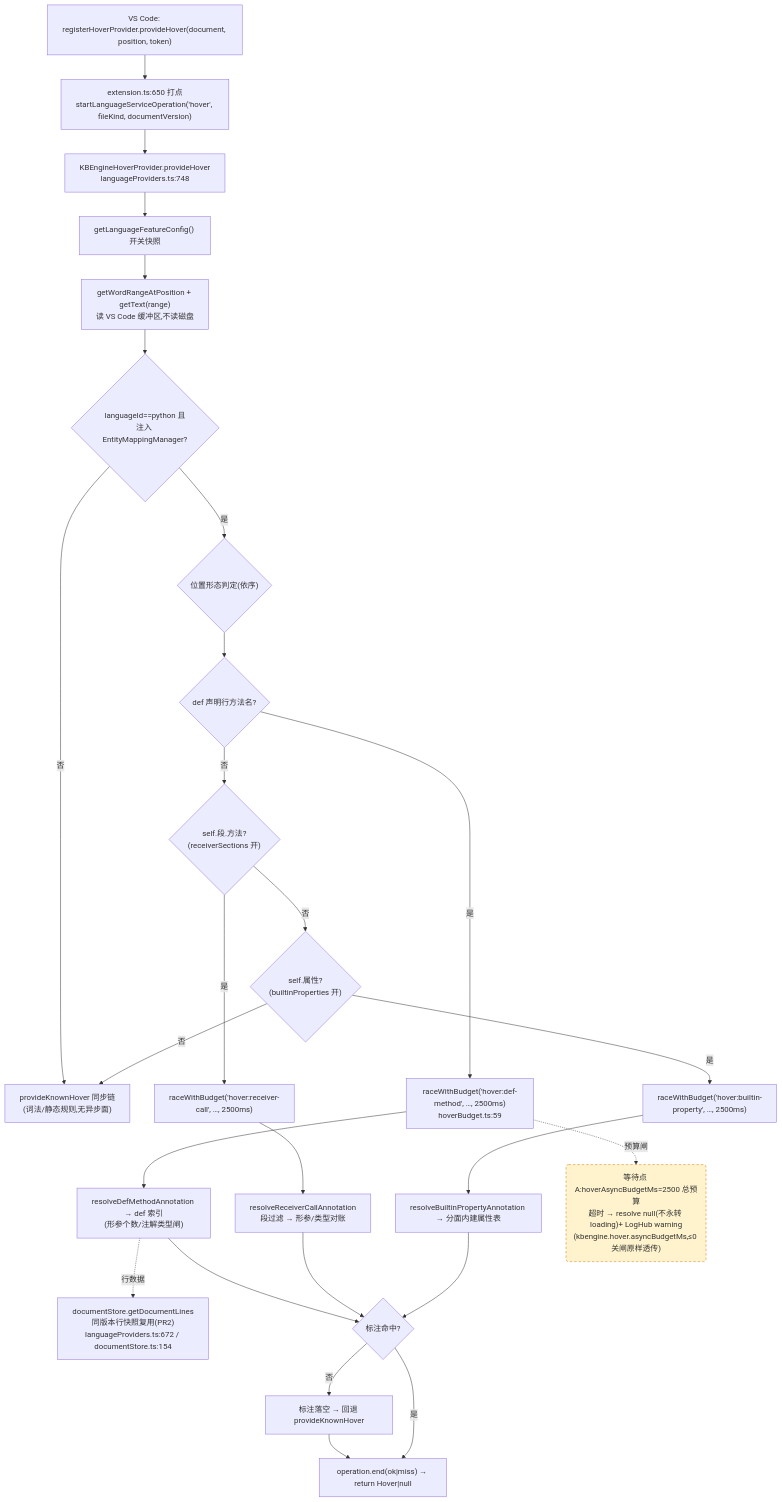
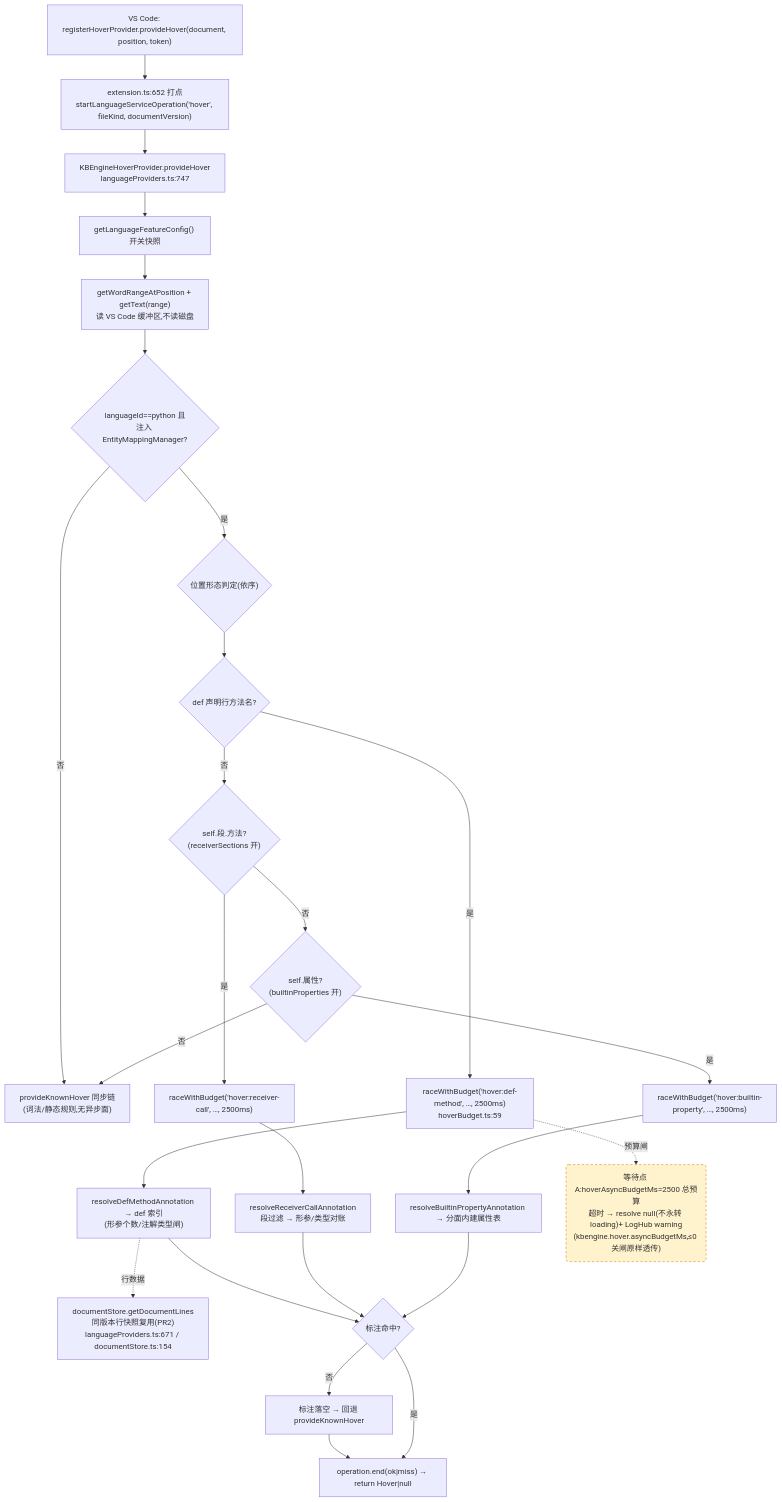
Before and after one commit to cuihairu/kode: the first of 4 diagrams in docs/perf/2026-baseline.md, drawn with Mermaid. The commit also changed other lines of this file and 17 other files, not shown here.

Commit message:
refactor: split schema core and presentation

````diff
--- a/docs/perf/2026-baseline.md
+++ b/docs/perf/2026-baseline.md
@@ -82,45 +82,45 @@
 ```mermaid
 flowchart TD
   VC1["VS Code: registerHoverProvider.provideHover(document, position, token)"]
-  M1["extension.ts:650 打点<br/>startLanguageServiceOperation('hover', fileKind, documentVersion)"]
-  HP["KBEngineHoverProvider.provideHover<br/>languageProviders.ts:748"]
+  M1["extension.ts:652 打点<br/>startLanguageServiceOperation('hover', fileKind, documentVersion)"]
+  HP["KBEngineHoverProvider.provideHover<br/>languageProviders.ts:747"]
   CFG["getLanguageFeatureConfig() 开关快照"]
   WORD["getWordRangeAtPosition + getText(range)<br/>读 VS Code 缓冲区,不读磁盘"]
   BR{"languageId==python 且<br/>注入 EntityMappingManager?"}
   KN["provideKnownHover 同步链<br/>(词法/静态规则,无异步面)"]
   POS{"位置形态判定(依序)"}
   D1{"def 声明行方法名?"}
   D2{"self.段.方法?<br/>(receiverSections 开)"}
   D3{"self.属性?<br/>(builtinProperties 开)"}
   RA1["raceWithBudget('hover:def-method', …, 2500ms)<br/>hoverBudget.ts:59"]
   RA2["raceWithBudget('hover:receiver-call', …, 2500ms)"]
   RA3["raceWithBudget('hover:builtin-property', …, 2500ms)"]
   RS1["resolveDefMethodAnnotation → def 索引<br/>(形参个数/注解类型闸)"]
   RS2["resolveReceiverCallAnnotation<br/>段过滤 → 形参/类型对账"]
   RS3["resolveBuiltinPropertyAnnotation → 分面内建属性表"]
-  LINES["documentStore.getDocumentLines<br/>同版本行快照复用(PR2)<br/>languageProviders.ts:672 / documentStore.ts:154"]
+  LINES["documentStore.getDocumentLines<br/>同版本行快照复用(PR2)<br/>languageProviders.ts:671 / documentStore.ts:154"]
   MISS["标注落空 → 回退 provideKnownHover"]
   END1["operation.end(ok|miss) → return Hover|null"]
 
   VC1 --> M1 --> HP --> CFG --> WORD --> BR
   BR -- "否" --> KN
   BR -- "是" --> POS --> D1
   D1 -- "是" --> RA1 --> RS1
   D1 -- "否" --> D2
   D2 -- "是" --> RA2 --> RS2
   D2 -- "否" --> D3
   D3 -- "是" --> RA3 --> RS3
   D3 -- "否" --> KN
   RS1 --> HIT{"标注命中?"}
   RS2 --> HIT
   RS3 --> HIT
   RS1 -.->|行数据| LINES
   HIT -- "否" --> MISS --> END1
   HIT -- "是" --> END1
 
   WAITA("等待点 A:hoverAsyncBudgetMs=2500 总预算<br/>超时 → resolve null(不永转 loading)+ LogHub warning<br/>(kbengine.hover.asyncBudgetMs,≤0 关闸原样透传)")
   RA1 -.->|预算闸| WAITA
 
   classDef waitPoint fill:#fff3cd,stroke:#d97706,stroke-dasharray:5 4;
   class WAITA waitPoint;
 ```
````
